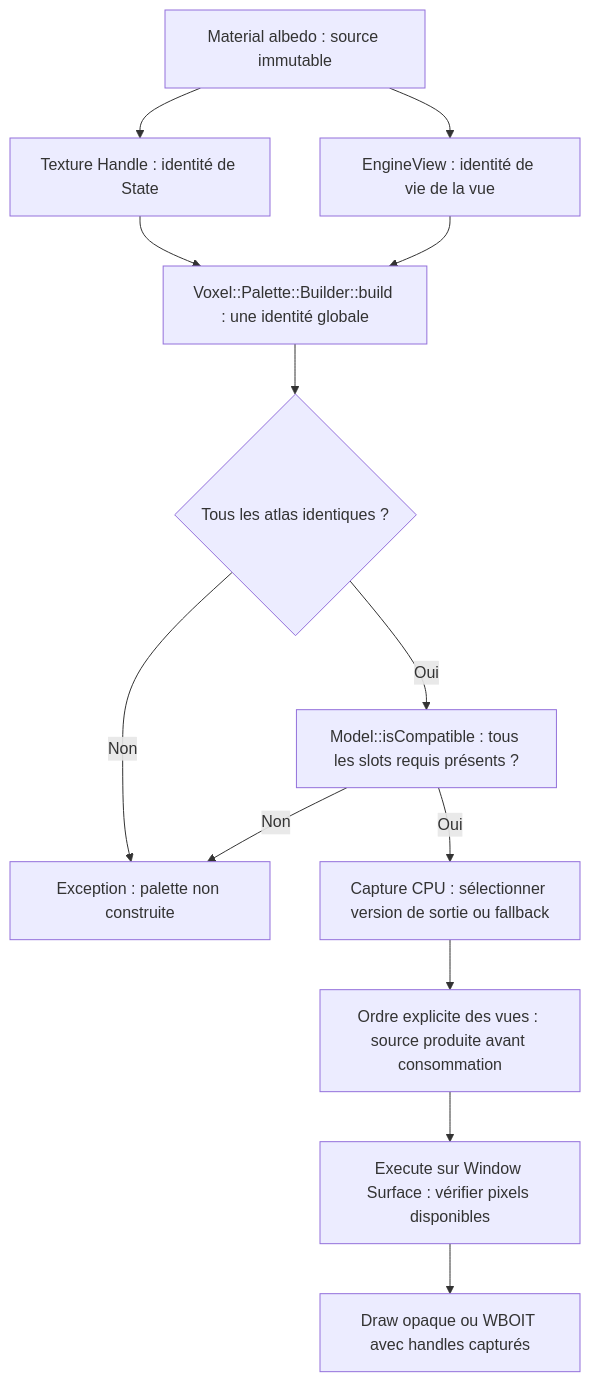
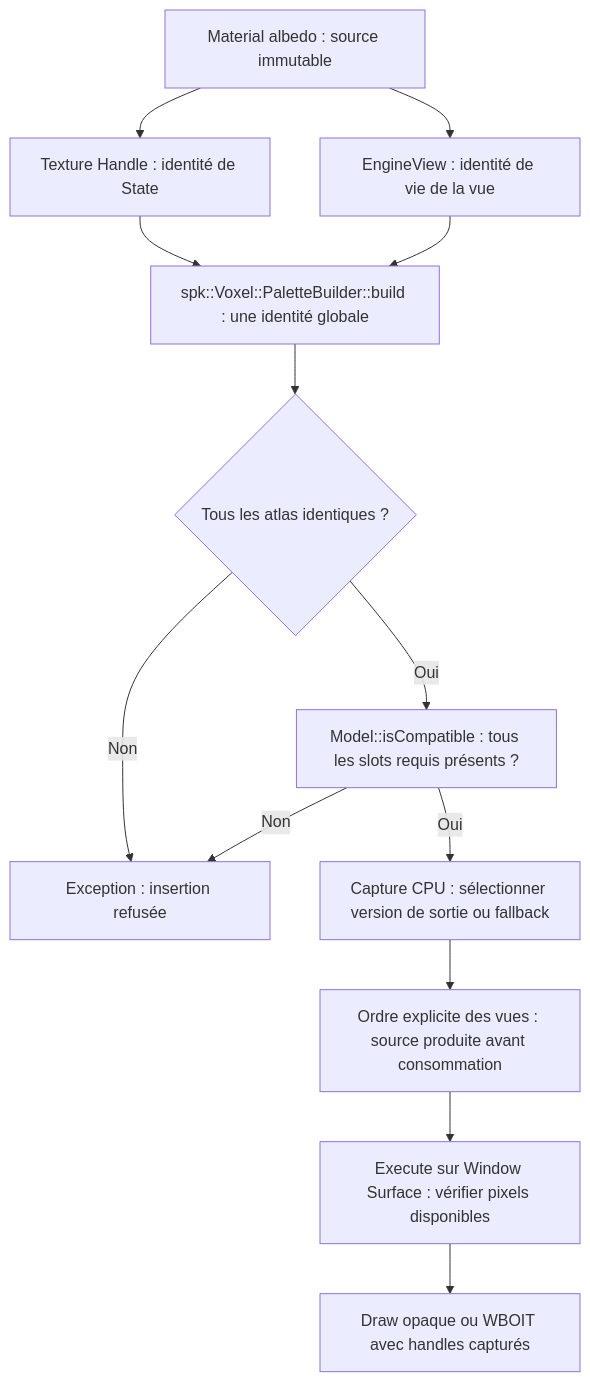
One commit to EreliaStudio/Sparkle changed the third of 3 diagrams in docs/voxel-engine-v0.1.4/04-materiaux-textures-palettes.md. Above: the diagram before and after it, drawn with Mermaid. The commit also changed other lines of this file, not shown here.

Commit message:
PR-07: document generic Palette, optional rule and voxel validator builder

````diff
--- a/docs/voxel-engine-v0.1.4/04-materiaux-textures-palettes.md
+++ b/docs/voxel-engine-v0.1.4/04-materiaux-textures-palettes.md
@@ -241,15 +242,15 @@
 ```mermaid
 flowchart TD
   Role["Material albedo : source immutable"] --> Static["Texture Handle : identité de State"]
   Role --> View["EngineView : identité de vie de la vue"]
-  Static --> Check["Voxel::Palette::Builder::build : une identité globale"]
+  Static --> Check["spk::Voxel::PaletteBuilder::build : une identité globale"]
   View --> Check
   Check --> Compatible{"Tous les atlas identiques ?"}
-  Compatible -->|Non| Error["Exception : palette non construite"]
+  Compatible -->|Non| Error["Exception : insertion refusée"]
   Compatible -->|Oui| Slots["Model::isCompatible : tous les slots requis présents ?"]
   Slots -->|Non| Error
   Slots -->|Oui| Capture["Capture CPU : sélectionner version de sortie ou fallback"]
   Capture --> Order["Ordre explicite des vues : source produite avant consommation"]
   Order --> Surface["Execute sur Window Surface : vérifier pixels disponibles"]
   Surface --> Draw["Draw opaque ou WBOIT avec handles capturés"]
 ```
````
